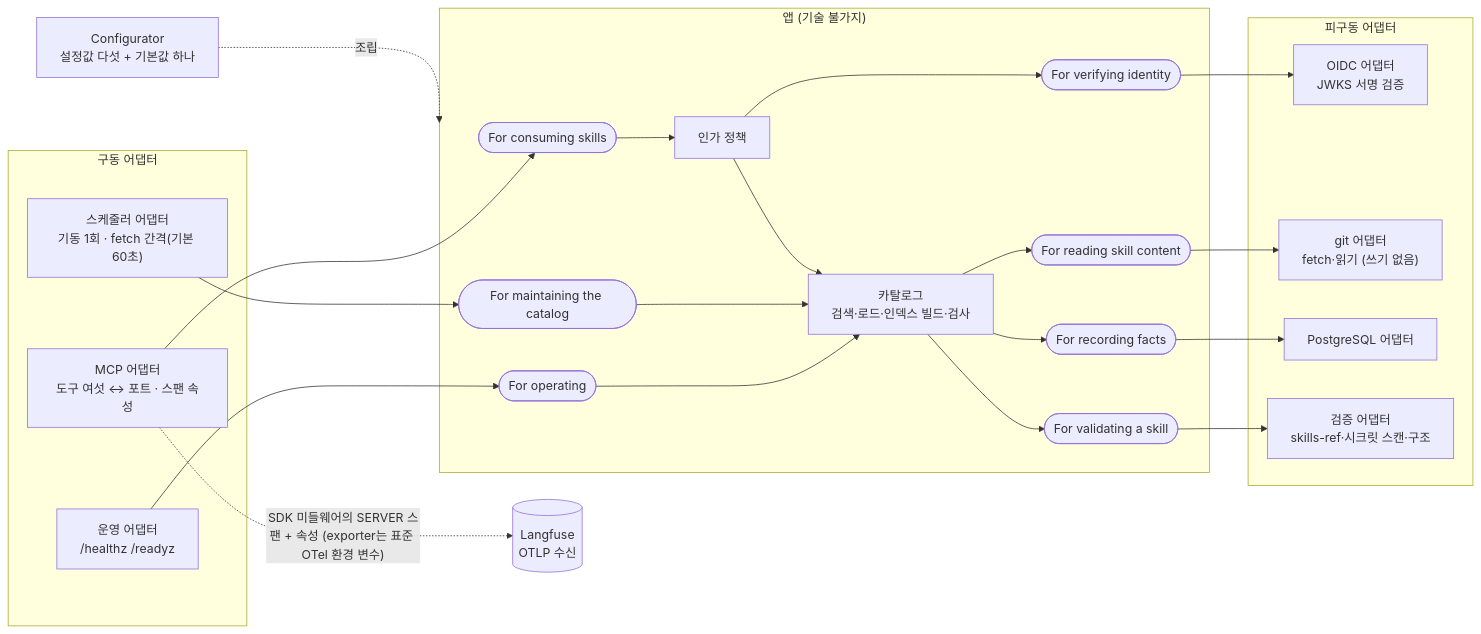
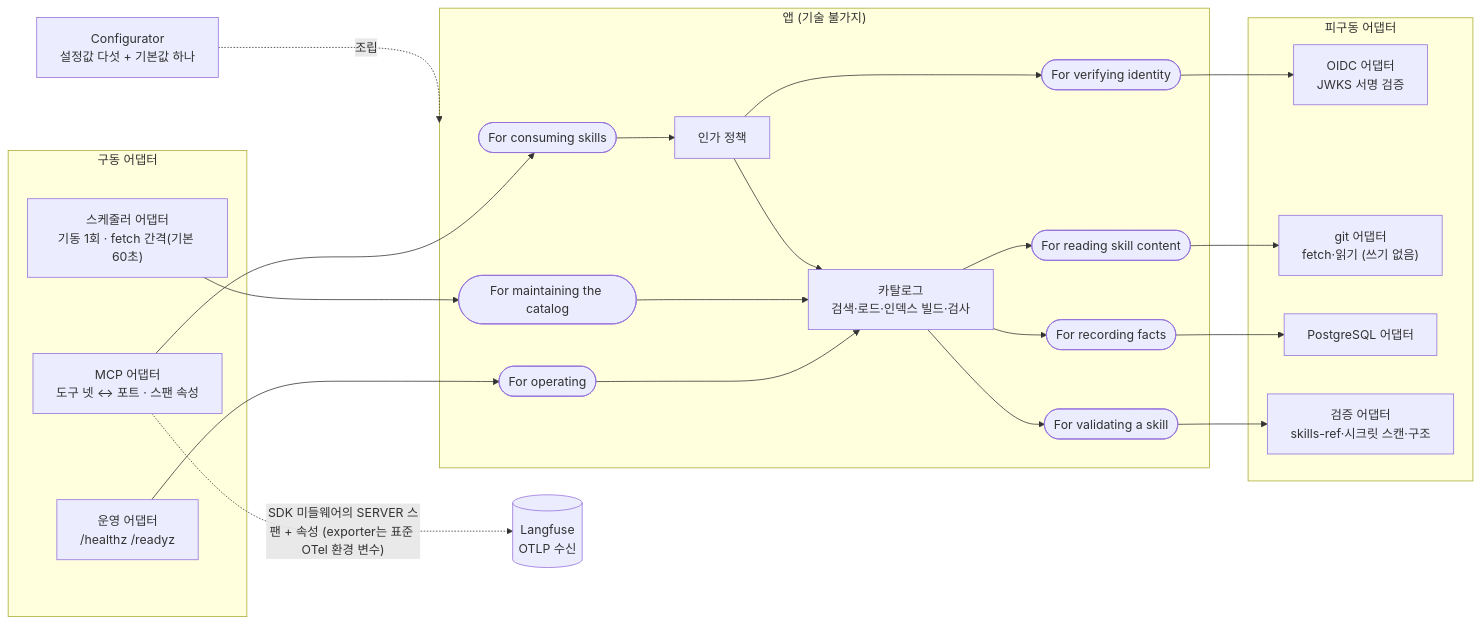
One commit to alteralab/harness-catalog changed the second of 4 diagrams in DESIGN.md. Above: the diagram before and after it, drawn with Mermaid. The commit also changed other lines of this file and 37 other files, not shown here.

````diff
--- a/DESIGN.md
+++ b/DESIGN.md
@@ -86,44 +86,44 @@
 ```mermaid
 flowchart LR
     subgraph DRIVING["구동 어댑터"]
-        MCPA["MCP 어댑터<br/>도구 여섯 ↔ 포트 · 스팬 속성"]
+        MCPA["MCP 어댑터<br/>도구 넷 ↔ 포트 · 스팬 속성"]
         OPSA["운영 어댑터<br/>/healthz /readyz"]
         SCHED["스케줄러 어댑터<br/>기동 1회 · fetch 간격(기본 60초)"]
     end
     subgraph APP["앱 (기술 불가지)"]
         P1(["For consuming skills"])
         P3(["For operating"])
         P8(["For maintaining the catalog"])
         AUTHZ["인가 정책"]
         CATALOG["카탈로그<br/>검색·로드·인덱스 빌드·검사"]
         P4(["For verifying identity"])
         P5(["For reading skill content"])
         P6(["For recording facts"])
         P7(["For validating a skill"])
     end
     subgraph DRIVEN["피구동 어댑터"]
         OIDCA["OIDC 어댑터<br/>JWKS 서명 검증"]
         GITA["git 어댑터<br/>fetch·읽기 (쓰기 없음)"]
         PGA["PostgreSQL 어댑터"]
         VALA["검증 어댑터<br/>skills-ref·시크릿 스캔·구조"]
     end
     CONF["Configurator<br/>설정값 다섯 + 기본값 하나"]
     OTLP[("Langfuse<br/>OTLP 수신")]
     MCPA --> P1
     OPSA --> P3
     SCHED --> P8
     P3 --> CATALOG
     P8 --> CATALOG
     P1 --> AUTHZ
     AUTHZ --> CATALOG
     AUTHZ --> P4
     CATALOG --> P5
     CATALOG --> P6
     CATALOG --> P7
     P4 --> OIDCA
     P5 --> GITA
     P6 --> PGA
     P7 --> VALA
     CONF -. "조립" .-> APP
     MCPA -. "SDK 미들웨어의 SERVER 스팬 + 속성 (exporter는 표준 OTel 환경 변수)" .-> OTLP
 ```
````
